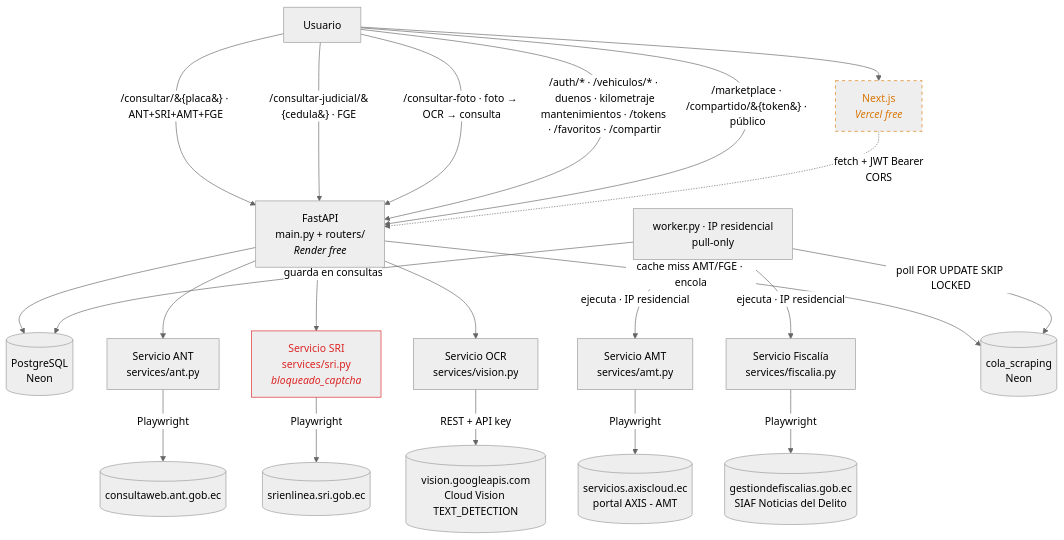
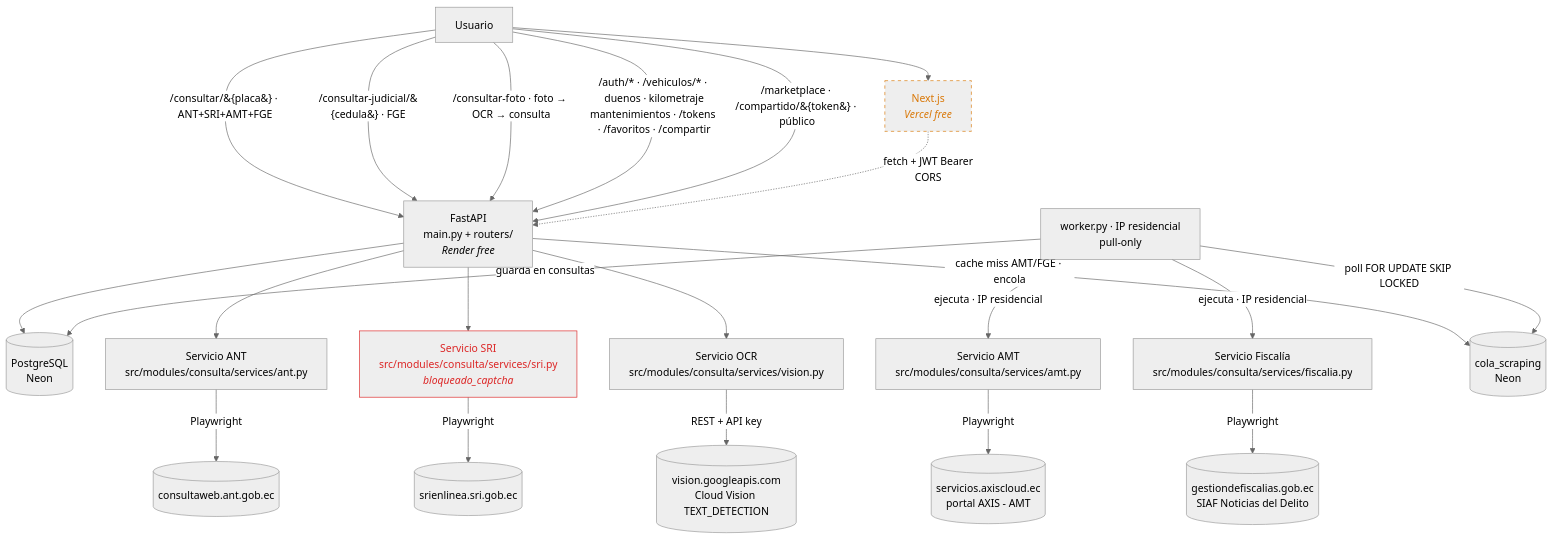
The first of 6 diagrams in docs/arquitectura.md (VMarcosGC/consulta-placas-ec), drawn with Mermaid (neutral theme) before and after one commit. The commit also changed other lines of this file and 99 other files, not shown here.

First line of the commit message:
refactor: monolito modular (DDD) en src/modules + AGENTS.md

````diff
--- a/docs/arquitectura.md
+++ b/docs/arquitectura.md
@@ -13,50 +13,50 @@
 ```mermaid
 graph TD
     Usuario[Usuario]
     Web[Next.js<br/><i>Vercel free</i>]:::wip
 
     API[FastAPI<br/>main.py + routers/<br/><i>Render free</i>]
     Cache[(PostgreSQL<br/>Neon)]
-    ANT[Servicio ANT<br/>services/ant.py]
-    SRI[Servicio SRI<br/>services/sri.py<br/><i>bloqueado_captcha</i>]:::limitado
-    AMT[Servicio AMT<br/>services/amt.py]
-    FGE[Servicio Fiscalía<br/>services/fiscalia.py]
-    OCR[Servicio OCR<br/>services/vision.py]
+    ANT[Servicio ANT<br/>src/modules/consulta/services/ant.py]
+    SRI[Servicio SRI<br/>src/modules/consulta/services/sri.py<br/><i>bloqueado_captcha</i>]:::limitado
+    AMT[Servicio AMT<br/>src/modules/consulta/services/amt.py]
+    FGE[Servicio Fiscalía<br/>src/modules/consulta/services/fiscalia.py]
+    OCR[Servicio OCR<br/>src/modules/consulta/services/vision.py]
 
     Worker[worker.py · IP residencial<br/>pull-only]
     Cola[(cola_scraping<br/>Neon)]
 
     ANTWeb[(consultaweb.ant.gob.ec)]
     SRIWeb[(srienlinea.sri.gob.ec)]
     AMTWeb[(servicios.axiscloud.ec<br/>portal AXIS - AMT)]
     FGEWeb[(gestiondefiscalias.gob.ec<br/>SIAF Noticias del Delito)]
     VisionWeb[(vision.googleapis.com<br/>Cloud Vision TEXT_DETECTION)]
 
     Usuario --> Web
     Usuario -->|/consultar/&#123;placa&#125; · ANT+SRI+AMT+FGE| API
     Usuario -->|/consultar-judicial/&#123;cedula&#125; · FGE| API
     Usuario -->|/consultar-foto · foto → OCR → consulta| API
     Usuario -->|/auth/* · /vehiculos/* · duenos · kilometraje<br/>mantenimientos · /tokens · /favoritos · /compartir| API
     Usuario -->|/marketplace · /compartido/&#123;token&#125; · público| API
     Web -.->|fetch + JWT Bearer<br/>CORS| API
 
     API --> Cache
     API --> ANT
     API --> SRI
     API --> OCR
     API -->|cache miss AMT/FGE · encola| Cola
 
     ANT -->|Playwright| ANTWeb
     SRI -->|Playwright| SRIWeb
     OCR -->|REST + API key| VisionWeb
 
     Worker -->|poll FOR UPDATE SKIP LOCKED| Cola
     Worker -->|ejecuta · IP residencial| AMT
     Worker -->|ejecuta · IP residencial| FGE
     AMT -->|Playwright| AMTWeb
     FGE -->|Playwright| FGEWeb
     Worker -->|guarda en consultas| Cache
 
     classDef wip stroke-dasharray: 5 5, stroke:#d97706, color:#d97706;
     classDef limitado stroke:#dc2626, color:#dc2626;
 ```
````
